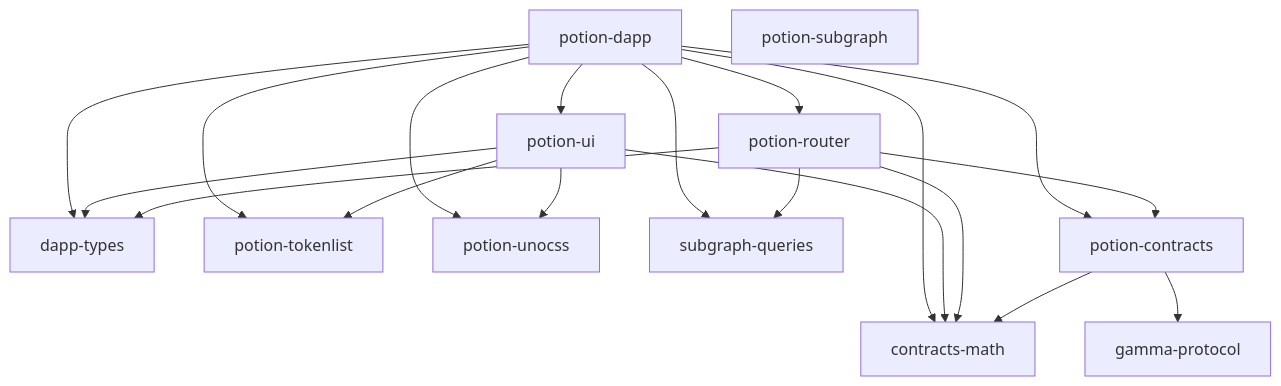
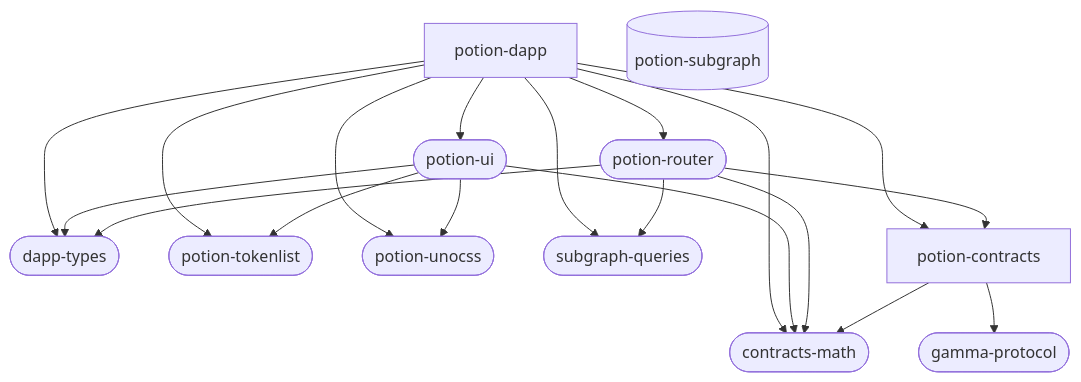
The diagram in README.md (ntropika-labs/potion-protocol), drawn with Mermaid before and after one commit.

````diff
--- a/README.md
+++ b/README.md
@@ -199,32 +199,32 @@
 ```mermaid
     graph TD;
       A[potion-dapp]
       A --> C;
       A --> D;
       A --> E;
       A --> F;
       A --> G;
       A --> H;
       A --> I;
       A --> J;
-      B[potion-subgraph];
-      C[potion-ui];
+      B[(potion-subgraph)];
+      C([potion-ui]);
       C --> E;
       C --> F;
       C --> G;
       C --> J;
-      D[potion-router];
+      D([potion-router]);
       D --> E;
       D --> H;
       D --> I;
       D --> J;
-      E[dapp-types];
-      F[potion-tokenlist];
-      G[potion-unocss];
-      H[subgraph-queries];
+      E([dapp-types]);
+      F([potion-tokenlist]);
+      G([potion-unocss]);
+      H([subgraph-queries]);
       I[potion-contracts];
       I --> J;
       I --> K;
-      J[contracts-math];
-      K[gamma-protocol];
+      J([contracts-math]);
+      K([gamma-protocol]);
 ```
````
